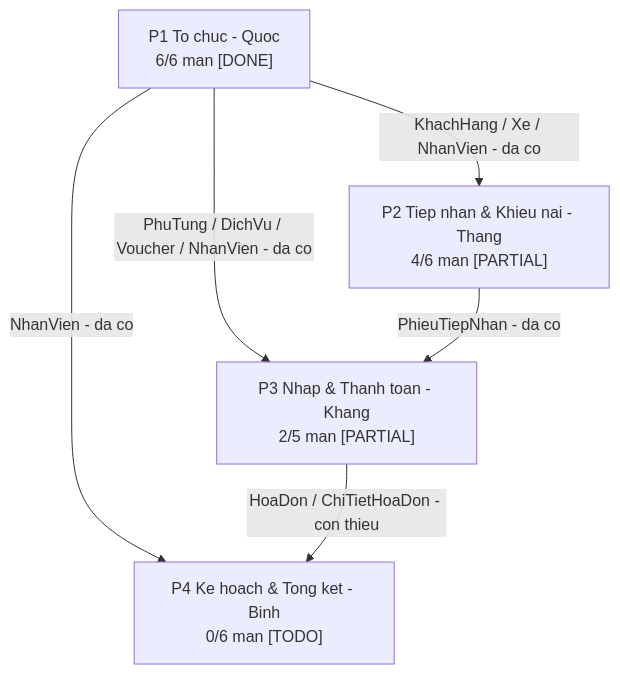
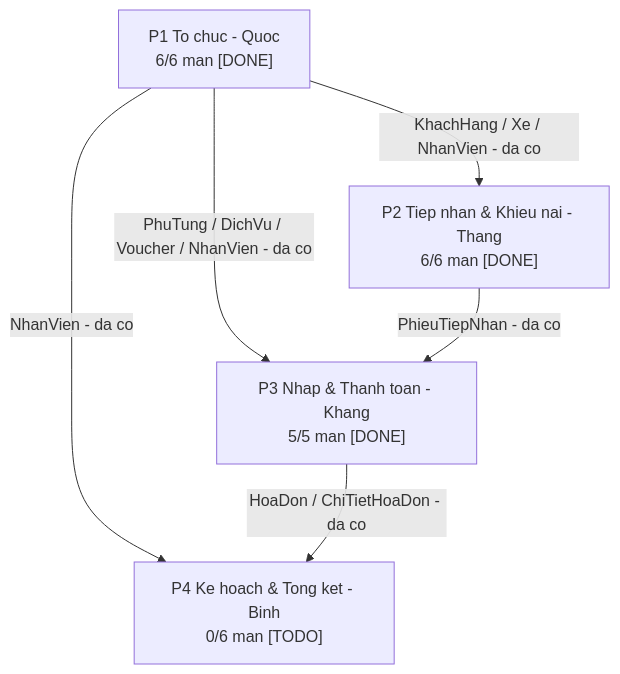
The first of 10 diagrams in assets/tasks/DGRAPH.md (MaiTheHao/iuh-fall2026-ptud), drawn with Mermaid before and after one commit. The commit also changed other lines of this file and 3 other files, not shown here.

````diff
--- a/assets/tasks/DGRAPH.md
+++ b/assets/tasks/DGRAPH.md
@@ -11,13 +11,13 @@
 ```mermaid
 flowchart TD
     p1["P1 To chuc - Quoc<br/>6/6 man [DONE]"]
-    p2["P2 Tiep nhan & Khieu nai - Thang<br/>4/6 man [PARTIAL]"]
-    p3["P3 Nhap & Thanh toan - Khang<br/>2/5 man [PARTIAL]"]
+    p2["P2 Tiep nhan & Khieu nai - Thang<br/>6/6 man [DONE]"]
+    p3["P3 Nhap & Thanh toan - Khang<br/>5/5 man [DONE]"]
     p4["P4 Ke hoach & Tong ket - Binh<br/>0/6 man [TODO]"]
 
     p1 -->|"KhachHang / Xe / NhanVien - da co"| p2
     p1 -->|"PhuTung / DichVu / Voucher / NhanVien - da co"| p3
     p1 -->|"NhanVien - da co"| p4
     p2 -->|"PhieuTiepNhan - da co"| p3
-    p3 -->|"HoaDon / ChiTietHoaDon - con thieu"| p4
+    p3 -->|"HoaDon / ChiTietHoaDon - da co"| p4
 ```
````
